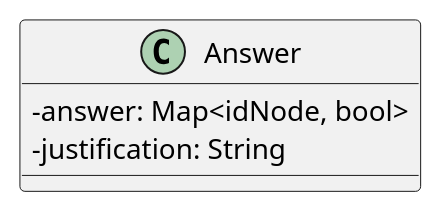
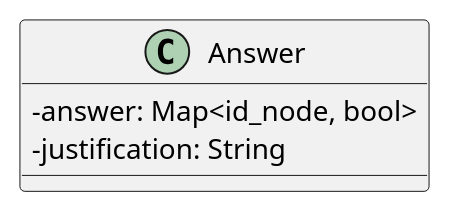
One commit to GroupRubberDuck/Documentazione changed the diagram in src/PB/DocumentazioneEsterna/Specifica_Tecnica/content/uml/puml/Diagrammi_classi/Dominio/Answer.puml. Above: the diagram before and after it, drawn with PlantUML. The commit also changed 6 other files, not shown here.

```diff
--- a/src/PB/DocumentazioneEsterna/Specifica_Tecnica/content/uml/puml/Diagrammi_classi/Dominio/Answer.puml
+++ b/src/PB/DocumentazioneEsterna/Specifica_Tecnica/content/uml/puml/Diagrammi_classi/Dominio/Answer.puml
@@ -1,10 +1,10 @@
 @startuml Answer
 skinparam linetype ortho
 skinparam classAttributeIconSize 0
 
 class Answer {
-    - answer: Map<idNode, bool>
+    - answer: Map<id_node, bool>
     - justification: String
 }
 
 @enduml
```
